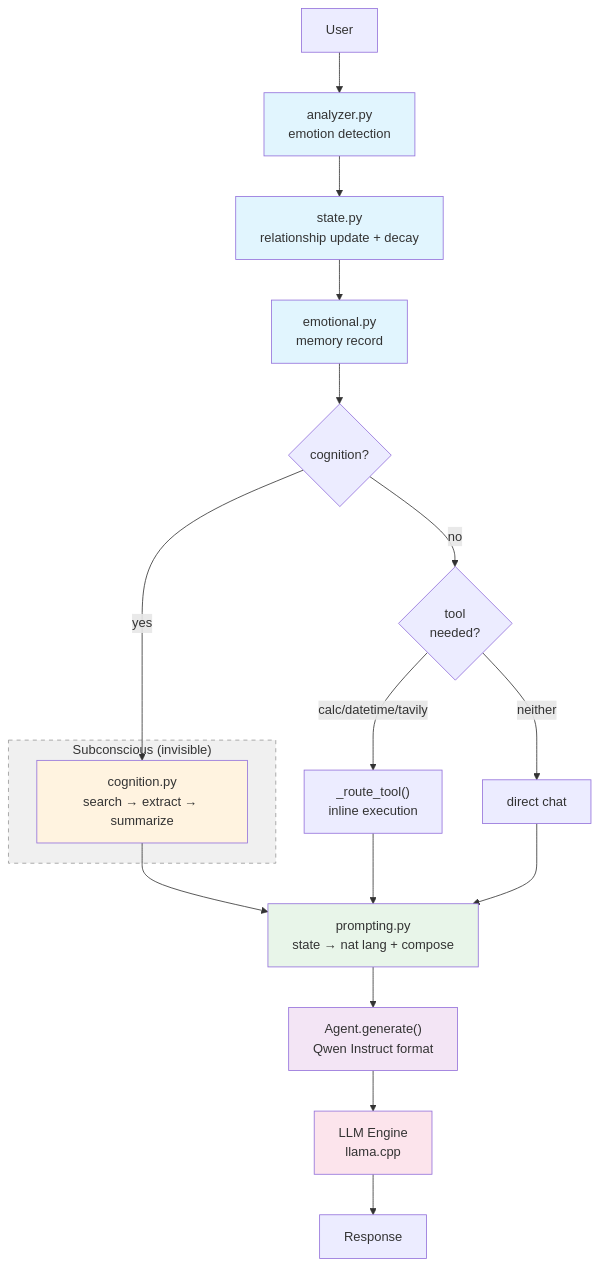
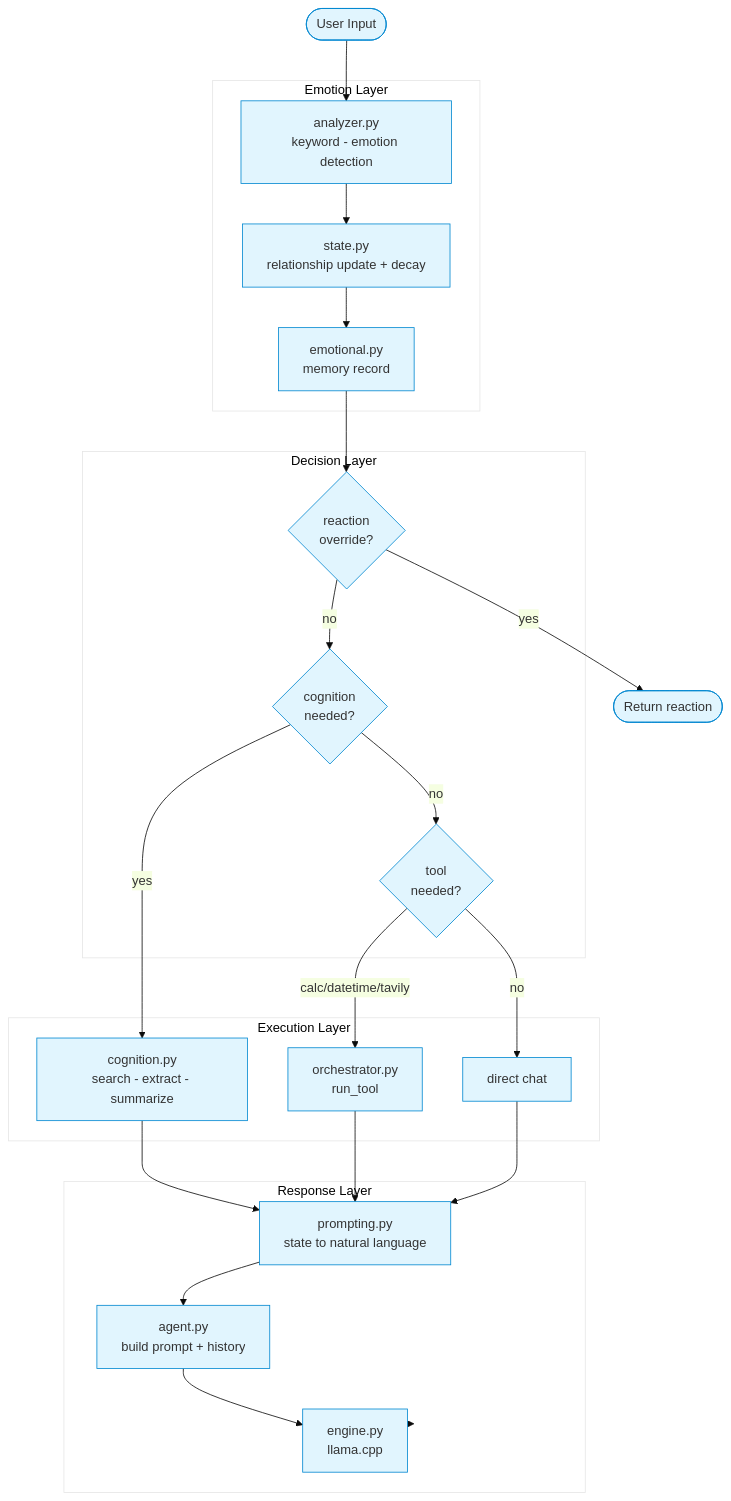
One commit to suryardh/Veil-Core-Project changed the diagram in README.md. Above: the diagram before and after it, drawn with Mermaid. The commit also changed other lines of this file, not shown here.

Commit message:
docs: update README.md - project structure, architecture diagram, dark theme fix

````diff
--- a/README.md
+++ b/README.md
@@ -78,33 +78,50 @@
 ```mermaid
+%%{init: {'theme': 'base', 'themeVariables': {'primaryColor': '#e1f5fe', 'primaryBorderColor': '#0288d1', 'tertiaryColor': '#fff'}}}%%
 flowchart TB
-    User["User"] --> Analyzer["analyzer.py\nemotion detection"]
-    Analyzer --> State["state.py\nrelationship update + decay"]
-    State --> Emotional["emotional.py\nmemory record"]
+    User([User Input])
 
-    Emotional --> Dec{"cognition?"}
-    Dec -->|yes| Cognition["cognition.py\nsearch → extract → summarize"]
-    Dec -->|no| Route{"tool\nneeded?"}
-    Route -->|calc/datetime/tavily| Tool["_route_tool()\ninline execution"]
-    Route -->|neither| Direct["direct chat"]
+    subgraph Emotion["Emotion Layer"]
+        Analyzer[analyzer.py<br/>keyword - emotion detection]
+        State[state.py<br/>relationship update + decay]
+        Emotional[emotional.py<br/>memory record]
+    end
 
-    Cognition --> Prompt["prompting.py\nstate → nat lang + compose"]
+    subgraph Decision["Decision Layer"]
+        React{reaction<br/>override?}
+        CogCheck{cognition<br/>needed?}
+        ToolCheck{tool<br/>needed?}
+    end
+
+    subgraph Execution["Execution Layer"]
+        Cognition[cognition.py<br/>search - extract - summarize]
+        Tool[orchestrator.py<br/>run_tool]
+        Direct[direct chat]
+    end
+
+    subgraph Response["Response Layer"]
+        Prompt[prompting.py<br/>state to natural language]
+        Agent[agent.py<br/>build prompt + history]
+        LLM[engine.py<br/>llama.cpp]
+    end
+
+    User --> Analyzer
+    Analyzer --> State
+    State --> Emotional
+    Emotional --> React
+
+    React -->|yes| Return([Return reaction])
+    React -->|no| CogCheck
+
+    CogCheck -->|yes| Cognition
+    CogCheck -->|no| ToolCheck
+    ToolCheck -->|calc/datetime/tavily| Tool
+    ToolCheck -->|no| Direct
+
+    Cognition --> Prompt
     Tool --> Prompt
     Direct --> Prompt
 
-    Prompt --> Agent["Agent.generate()\nQwen Instruct format"]
-    Agent --> LLM["LLM Engine\nllama.cpp"]
-    LLM --> Response["Response"]
-
-    subgraph Subconscious["Subconscious (invisible)"]
-        Cognition
-    end
-
-    style Subconscious fill:#f0f0f0,stroke:#999,stroke-dasharray:5 5
-    style Analyzer fill:#e1f5fe
-    style State fill:#e1f5fe
-    style Emotional fill:#e1f5fe
-    style Cognition fill:#fff3e0
-    style Prompt fill:#e8f5e9
-    style Agent fill:#f3e5f5
-    style LLM fill:#fce4ec
+    Prompt --> Agent
+    Agent --> LLM
+    LLM --> Response
 ```
````
